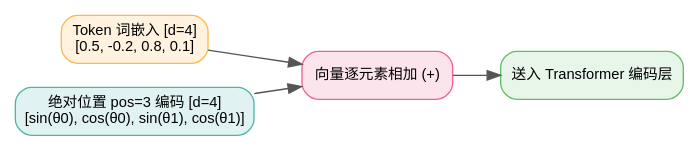
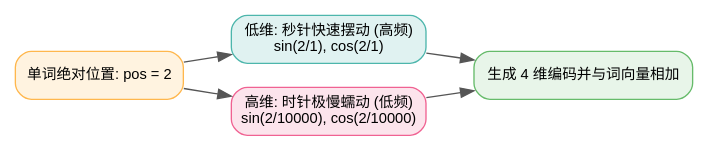
The first of 3 diagrams in src/content/posts/dl-operators-05-positional-encoding-rope-alibi-guide.md (hqu-little-boy/blog), drawn with Graphviz before and after one commit. The commit also changed other lines of this file and 11 other files, not shown here.

````diff
--- a/src/content/posts/dl-operators-05-positional-encoding-rope-alibi-guide.md
+++ b/src/content/posts/dl-operators-05-positional-encoding-rope-alibi-guide.md
@@ -54,16 +59,17 @@
 ```graphviz
-digraph AbsolutePEDemo {
+digraph AbsolutePEClock {
     rankdir=LR;
     node [fontname="Helvetica,Arial,sans-serif", fontsize=11, shape=rect, style="rounded,filled", fillcolor="#f0f4f8", color="#b0c4de"];
     edge [fontname="Helvetica,Arial,sans-serif", fontsize=10, color="#555555"];
 
-    tok [label="Token 词嵌入 [d=4]\n[0.5, -0.2, 0.8, 0.1]", fillcolor="#fff3e0", color="#ffb74d"];
-    pe [label="绝对位置 pos=3 编码 [d=4]\n[sin(θ0), cos(θ0), sin(θ1), cos(θ1)]", fillcolor="#e0f2f1", color="#4db6ac"];
-    add [label="向量逐元素相加 (+)", fillcolor="#fce4ec", color="#f06292"];
-    out [label="送入 Transformer 编码层", fillcolor="#e8f5e9", color="#66bb6a"];
+    pos [label="单词绝对位置: pos = 2", fillcolor="#fff3e0", color="#ffb74d"];
+    sec [label="低维: 秒针快速摆动 (高频)\nsin(2/1), cos(2/1)", fillcolor="#e0f2f1", color="#4db6ac"];
+    hour [label="高维: 时针极慢蠕动 (低频)\nsin(2/10000), cos(2/10000)", fillcolor="#fce4ec", color="#f06292"];
+    add [label="生成 4 维编码并与词向量相加", fillcolor="#e8f5e9", color="#66bb6a"];
 
-    tok -> add;
-    pe -> add;
-    add -> out;
+    pos -> sec;
+    pos -> hour;
+    sec -> add;
+    hour -> add;
 }
 ```
````
